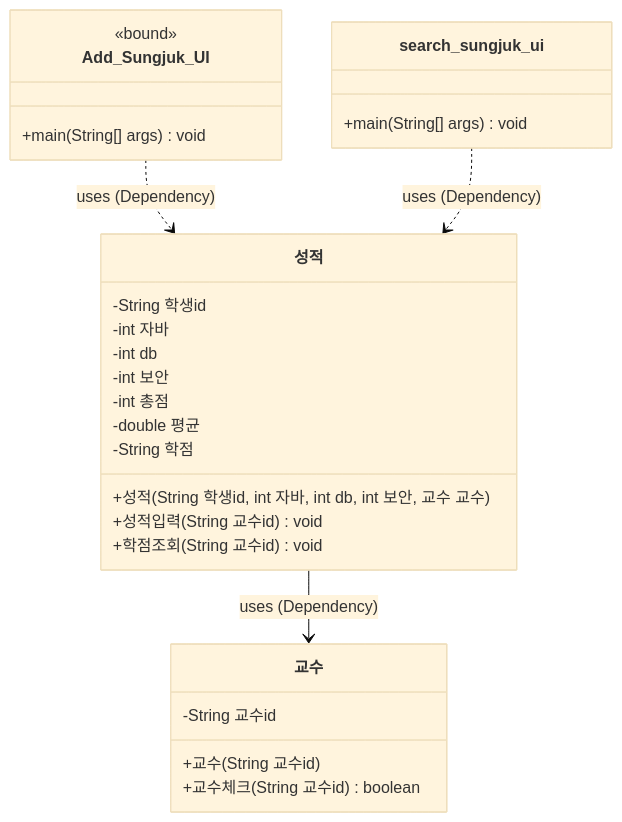
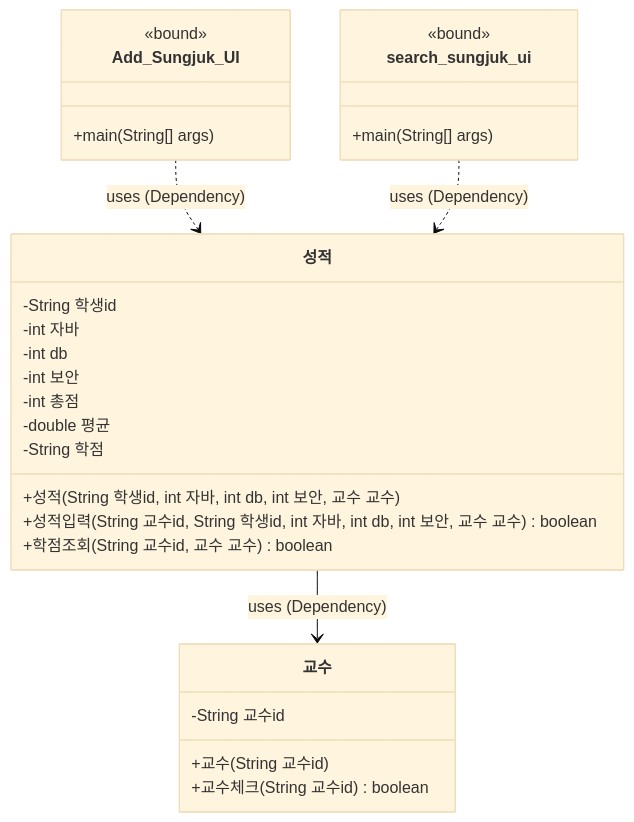
The diagram in class.md (Sewqp/2026_05_12_Team6), drawn with Mermaid (base theme) before and after one commit.

````diff
--- a/class.md
+++ b/class.md
@@ -2,30 +2,37 @@
 ```mermaid
 classDiagram
-    class 교수 {
-        -String 교수id
-        +교수(String 교수id)
-        +교수체크(String 교수id) boolean
-    }
-    class 성적 {
-        -String 학생id
-        -int 자바
-        -int db
-        -int 보안
-        -int 총점
-        -double 평균
-        -String 학점
-        +성적(String 학생id, int 자바, int db, int 보안, 교수 교수)
-        +성적입력(String 교수id) void
-        +학점조회(String 교수id) void
-    }
-    class Add_Sungjuk_UI {
-        <<bound>>
-        +main(String[] args) void
-    }
-    class search_sungjuk_ui {
-        +main(String[] args) void
-    }
-    성적 --> 교수 : uses (Dependency)
-    Add_Sungjuk_UI ..> 성적 : uses (Dependency)
-    search_sungjuk_ui ..> 성적 : uses (Dependency)
+
+class 교수 {
+    -String 교수id
+    +교수(String 교수id)
+    +교수체크(String 교수id) boolean
+}
+
+class 성적 {
+    -String 학생id
+    -int 자바
+    -int db
+    -int 보안
+    -int 총점
+    -double 평균
+    -String 학점
+
+    +성적(String 학생id, int 자바, int db, int 보안, 교수 교수)
+    +성적입력(String 교수id, String 학생id, int 자바, int db, int 보안, 교수 교수) boolean
+    +학점조회(String 교수id, 교수 교수) boolean
+}
+
+class Add_Sungjuk_UI {
+    <<bound>>
+    +main(String[] args)
+}
+
+class search_sungjuk_ui {
+    <<bound>>
+    +main(String[] args)
+}
+
+성적 --> 교수 : uses (Dependency)
+Add_Sungjuk_UI ..> 성적 : uses (Dependency)
+search_sungjuk_ui ..> 성적 : uses (Dependency)
 ```
````
